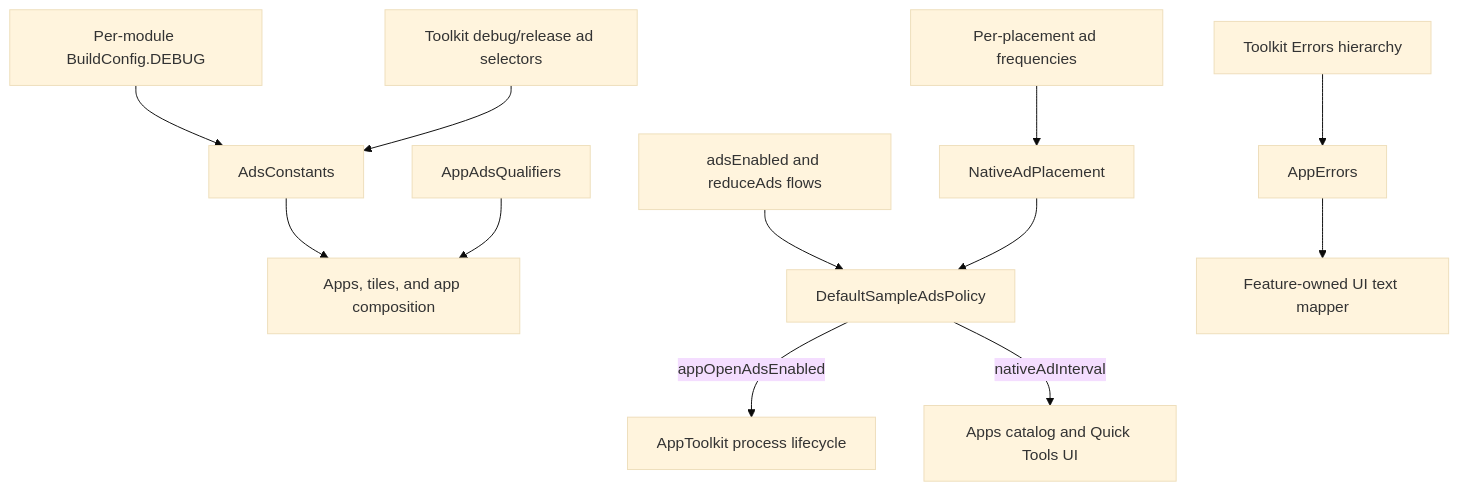
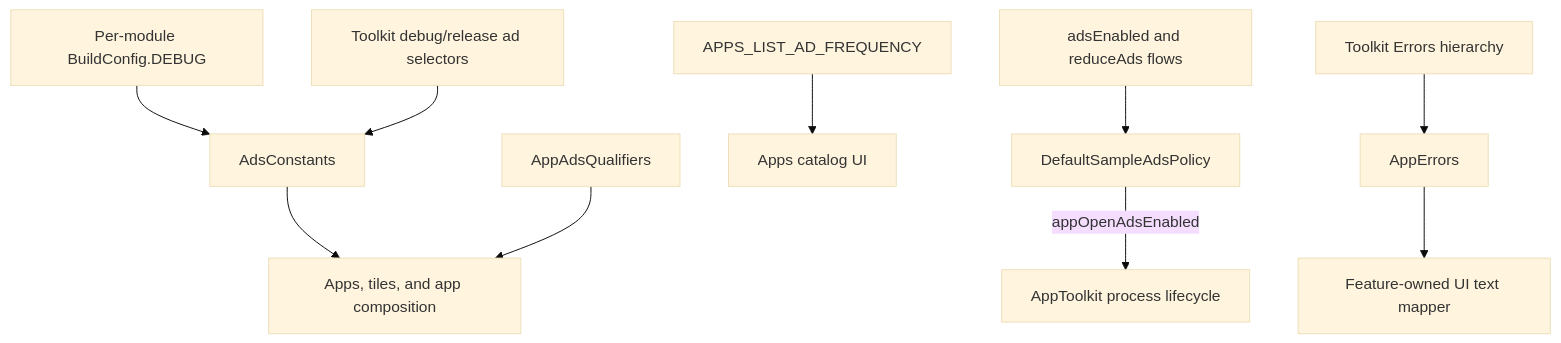
Before and after one commit to MihaiCristianCondrea/App-Toolkit-for-Android: the diagram in sample/core/common/README.md, drawn with Mermaid (base theme). The commit also changed other lines of this file and 49 other files, not shown here.

````diff
--- a/sample/core/common/README.md
+++ b/sample/core/common/README.md
@@ -39,14 +39,12 @@
 ```mermaid
 flowchart TD
     Build[Per-module BuildConfig.DEBUG] --> Ads[AdsConstants]
     ToolkitIds[Toolkit debug/release ad selectors] --> Ads
     Ads --> Features[Apps, tiles, and app composition]
     Qualifiers[AppAdsQualifiers] --> Features
-    Tuning[Per-placement ad frequencies] --> Placement[NativeAdPlacement]
+    Tuning[APPS_LIST_AD_FREQUENCY] --> Apps[Apps catalog UI]
     Prefs[adsEnabled and reduceAds flows] --> Policy[DefaultSampleAdsPolicy]
-    Placement --> Policy
     Policy -->|appOpenAdsEnabled| AppOpen[AppToolkit process lifecycle]
-    Policy -->|nativeAdInterval| Lists[Apps catalog and Quick Tools UI]
     Network[Toolkit Errors hierarchy] --> Errors[AppErrors]
     Errors --> Mapper[Feature-owned UI text mapper]
 ```
````
